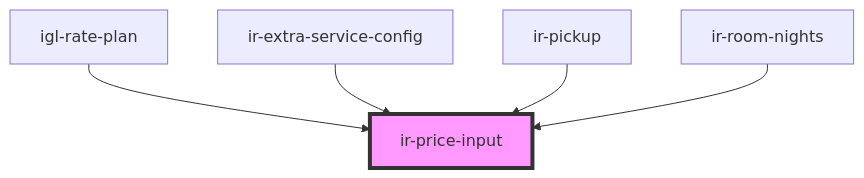
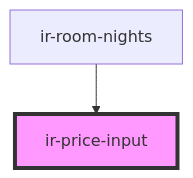
Before and after one commit to RonyRizk/ir-webcmp: the diagram in src/components/ui/ir-price-input/readme.md, drawn with Mermaid. The commit also changed other lines of this file and 433 other files, not shown here.

````diff
--- a/src/components/ui/ir-price-input/readme.md
+++ b/src/components/ui/ir-price-input/readme.md
@@ -51,8 +48,5 @@
 ```mermaid
 graph TD;
-  igl-rate-plan --> ir-price-input
-  ir-extra-service-config --> ir-price-input
-  ir-pickup --> ir-price-input
   ir-room-nights --> ir-price-input
   style ir-price-input fill:#f9f,stroke:#333,stroke-width:4px
 ```
````
